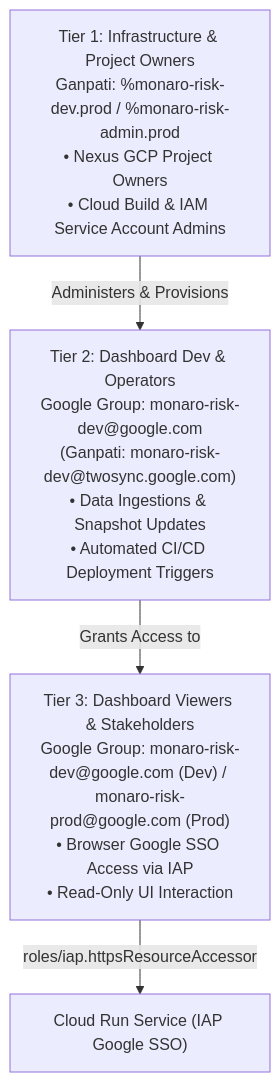
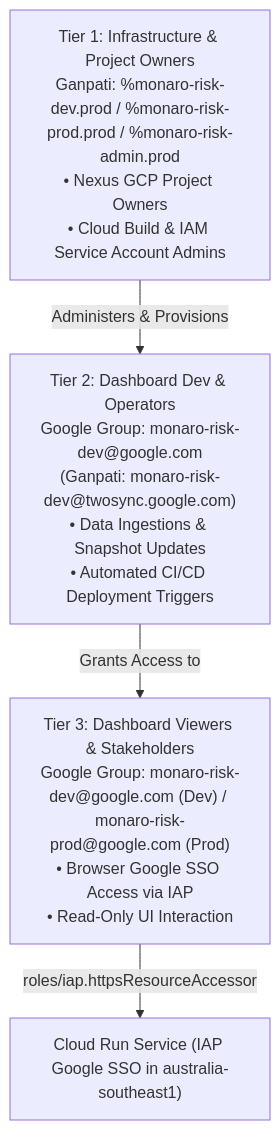
Before and after one commit to brendanhills/uk-bh-project-dash: the diagram in Resume.md, drawn with Mermaid. The commit also changed other lines of this file and 9 other files, not shown here.

Commit message:
feat(deploy): configure australia-southeast1 production environment and tag-triggered CI/CD pipeline

````diff
--- a/Resume.md
+++ b/Resume.md
@@ -66,22 +67,22 @@
 ```mermaid
 graph TD
     Tier1["Tier 1: Infrastructure & Project Owners
-Ganpati: %monaro-risk-dev.prod / %monaro-risk-admin.prod
+Ganpati: %monaro-risk-dev.prod / %monaro-risk-prod.prod / %monaro-risk-admin.prod
 • Nexus GCP Project Owners
 • Cloud Build & IAM Service Account Admins"]
     
     Tier2["Tier 2: Dashboard Dev & Operators
 Google Group: monaro-risk-dev@google.com
 (Ganpati: monaro-risk-dev@twosync.google.com)
 • Data Ingestions & Snapshot Updates
 • Automated CI/CD Deployment Triggers"]
     
     Tier3["Tier 3: Dashboard Viewers & Stakeholders
 Google Group: monaro-risk-dev@google.com (Dev) / monaro-risk-prod@google.com (Prod)
 • Browser Google SSO Access via IAP
 • Read-Only UI Interaction"]
 
     Tier1 -->|Administers & Provisions| Tier2
     Tier2 -->|Grants Access to| Tier3
-    Tier3 -->|roles/iap.httpsResourceAccessor| CloudRun["Cloud Run Service (IAP Google SSO)"]
+    Tier3 -->|roles/iap.httpsResourceAccessor| CloudRun["Cloud Run Service (IAP Google SSO in australia-southeast1)"]
 ```
````
